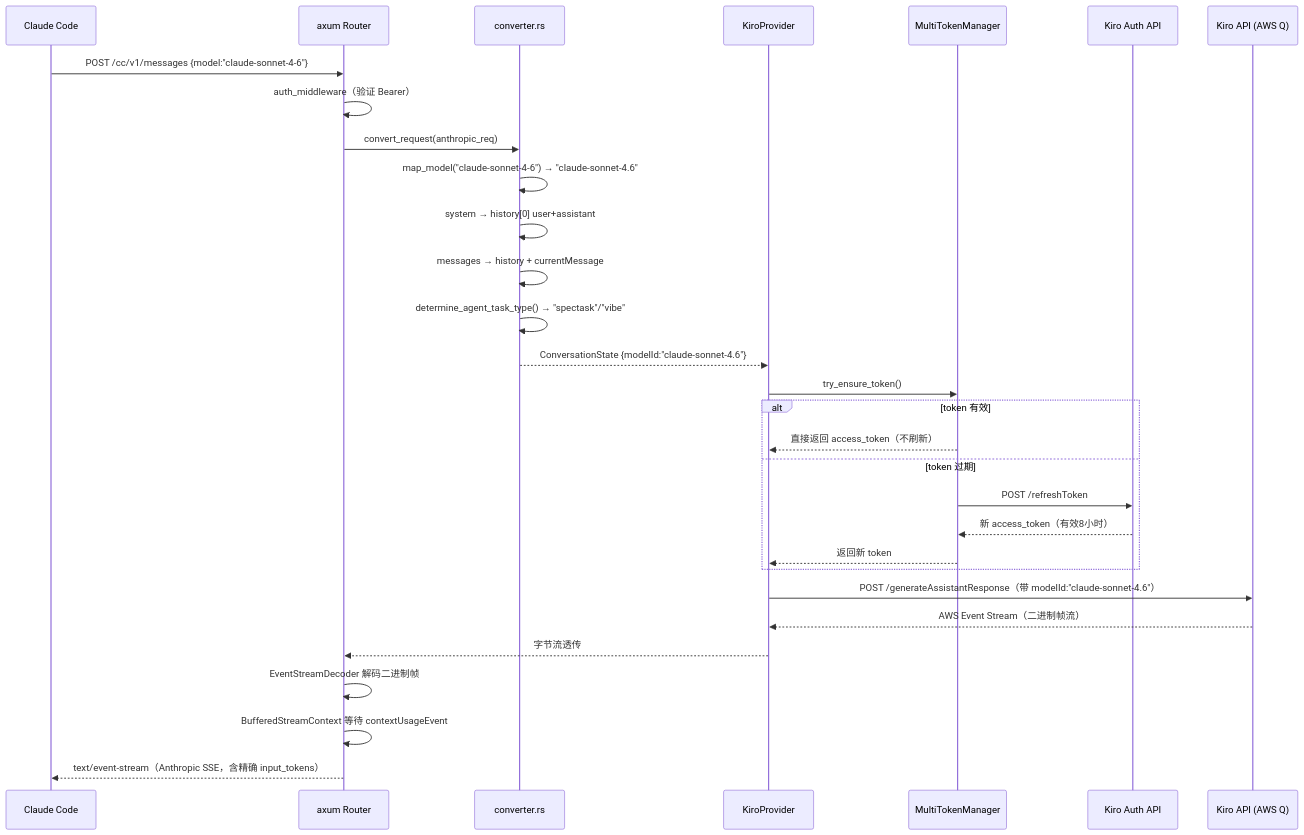
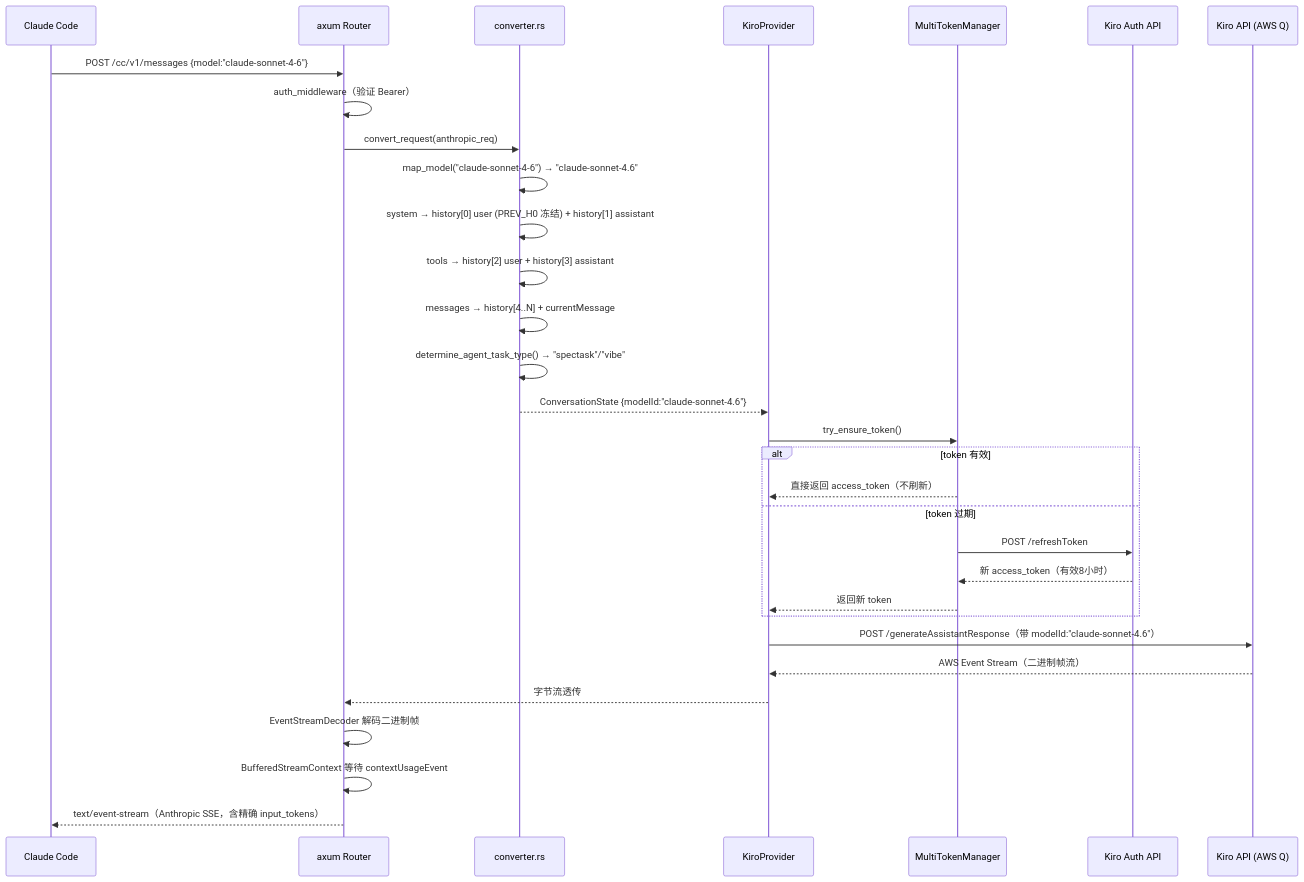
The third of 4 diagrams in docs/kiro2cc-proxy_源码全景解析.md (TsinHzl/kiro2cc-proxy), drawn with Mermaid before and after one commit. The commit also changed other lines of this file, not shown here.

First line of the commit message:
docs: 更新源码全景解析文档 — history 排列顺序 + 缓存优化

````diff
--- a/docs/kiro2cc-proxy_源码全景解析.md
+++ b/docs/kiro2cc-proxy_源码全景解析.md
@@ -971,33 +1169,34 @@
 ```mermaid
 sequenceDiagram
     participant CC as Claude Code
     participant AX as axum Router
     participant CV as converter.rs
     participant KP as KiroProvider
     participant TM as MultiTokenManager
     participant KA as Kiro Auth API
     participant KI as Kiro API (AWS Q)
 
     CC->>AX: POST /cc/v1/messages {model:"claude-sonnet-4-6"}
     AX->>AX: auth_middleware（验证 Bearer）
     AX->>CV: convert_request(anthropic_req)
     CV->>CV: map_model("claude-sonnet-4-6") → "claude-sonnet-4.6"
-    CV->>CV: system → history[0] user+assistant
-    CV->>CV: messages → history + currentMessage
+    CV->>CV: system → history[0] user (PREV_H0 冻结) + history[1] assistant
+    CV->>CV: tools → history[2] user + history[3] assistant
+    CV->>CV: messages → history[4..N] + currentMessage
     CV->>CV: determine_agent_task_type() → "spectask"/"vibe"
     CV-->>KP: ConversationState {modelId:"claude-sonnet-4.6"}
     KP->>TM: try_ensure_token()
     alt token 有效
         TM-->>KP: 直接返回 access_token（不刷新）
     else token 过期
         TM->>KA: POST /refreshToken
         KA-->>TM: 新 access_token（有效8小时）
         TM-->>KP: 返回新 token
     end
     KP->>KI: POST /generateAssistantResponse（带 modelId:"claude-sonnet-4.6"）
     KI-->>KP: AWS Event Stream（二进制帧流）
     KP-->>AX: 字节流透传
     AX->>AX: EventStreamDecoder 解码二进制帧
     AX->>AX: BufferedStreamContext 等待 contextUsageEvent
     AX-->>CC: text/event-stream（Anthropic SSE，含精确 input_tokens）
 ```
````
